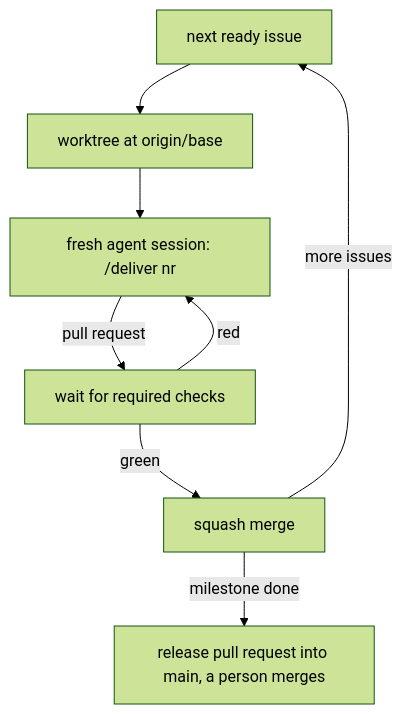
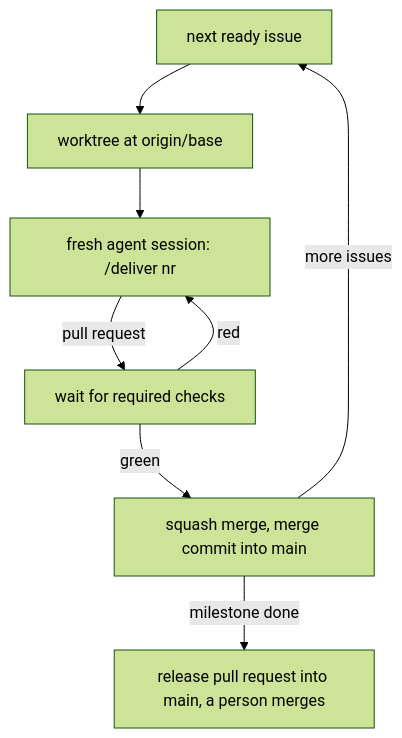
The diagram in site/guides/deliver.md (GravionLabs/skills), drawn with Mermaid (forest theme) before and after one commit. The commit also changed other lines of this file and 4 other files, not shown here.

Commit message:
fix(deliver): the loop merges into the default branch with a merge commit (#740)

````diff
--- a/site/guides/deliver.md
+++ b/site/guides/deliver.md
@@ -26,10 +26,10 @@
 ```mermaid
 flowchart TD
   S[next ready issue] --> W[worktree at origin/base]
   W --> A[fresh agent session: /deliver nr]
   A -->|pull request| C[wait for required checks]
-  C -->|green| M[squash merge]
+  C -->|green| M[squash merge, merge commit into main]
   C -->|red| A
   M -->|more issues| S
   M -->|milestone done| R[release pull request into main, a person merges]
 ```
````
